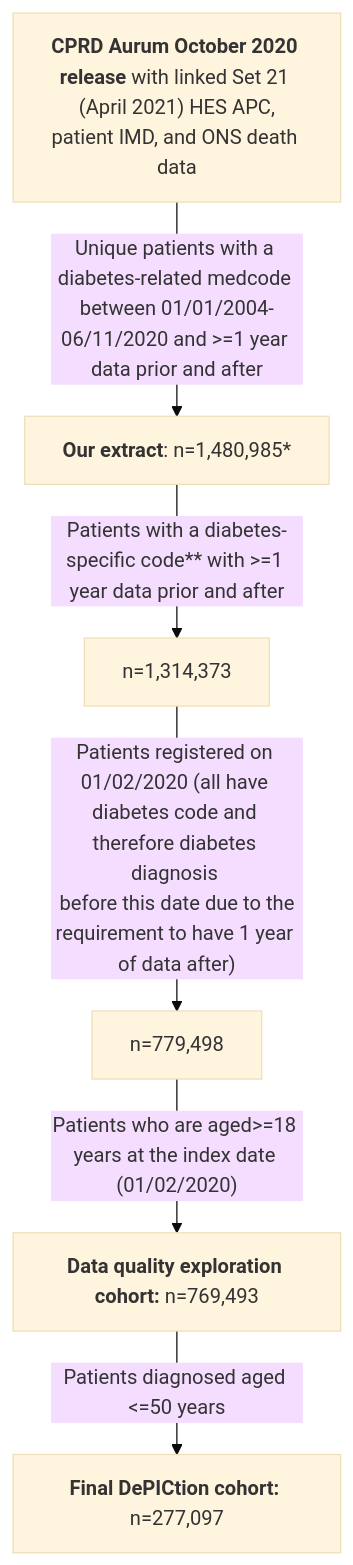
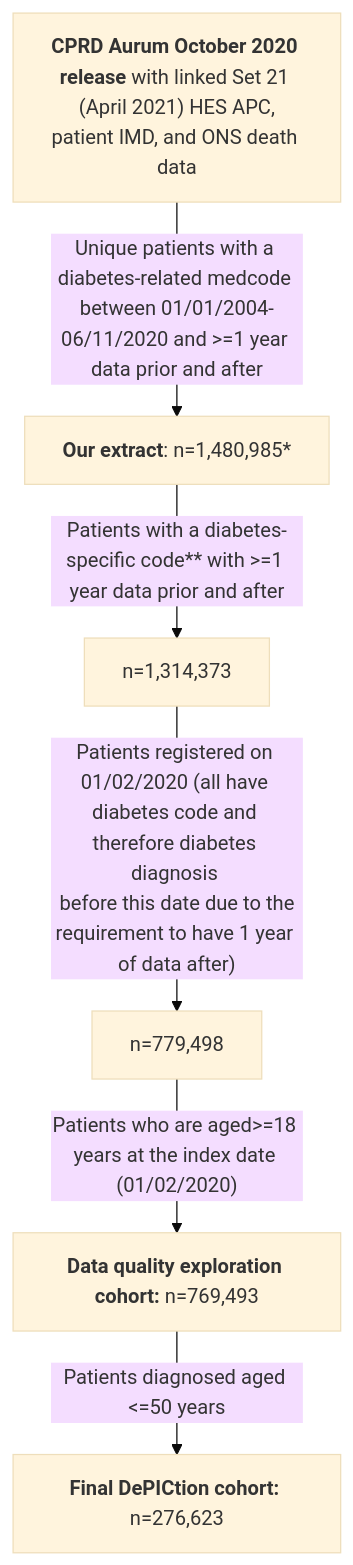
Before and after one commit to Exeter-Diabetes/CPRD-Katie-DePICtion-Scripts: the first of 4 diagrams in README.md, drawn with Mermaid (base theme). The commit also changed other lines of this file, not shown here.

````diff
--- a/README.md
+++ b/README.md
@@ -33,8 +33,8 @@
 ```mermaid
 graph TD;
     A["<b>CPRD Aurum October 2020 release</b> with linked Set 21 <br> (April 2021) HES APC, patient IMD, and ONS death data"] --> |"Unique patients with a diabetes-related medcode between 01/01/2004-06/11/2020 and >=1 year data prior and after"| B["<b>Our extract</b>: n=1,480,985*"]
     B -->|"Patients with a diabetes-specific code** with >=1 year data prior and after"|C["n=1,314,373"]
     C -->|"Patients registered on 01/02/2020 (all have diabetes code and therefore diabetes diagnosis <br> before this date due to the requirement to have 1 year of data after)"|D["n=779,498"]
     D -->|"Patients who are aged>=18 years at the index date (01/02/2020)"|E["<b>Data quality exploration cohort:</b> n=769,493"]
-    E -->|"Patients diagnosed aged <=50 years"|F["<b>Final DePICtion cohort:</b> n=277,097"]
+    E -->|"Patients diagnosed aged <=50 years"|F["<b>Final DePICtion cohort:</b> n=276,623"]
 ```
````
